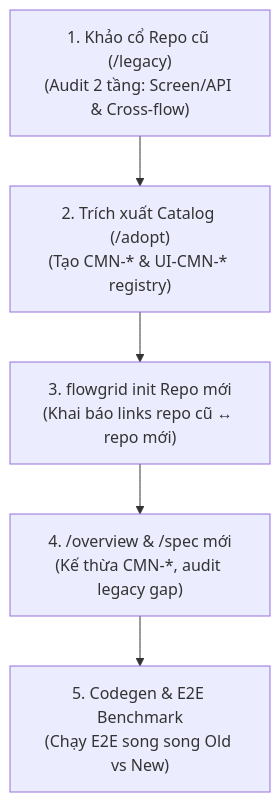
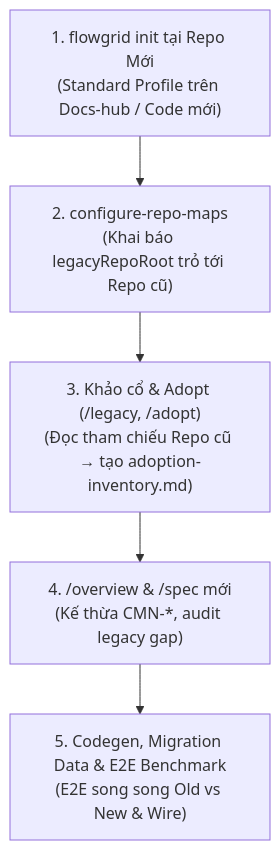
One commit to ShanYuCoder/flowgrid-docs changed the second of 3 diagrams in workflows/use-cases-guide.md. Above: the diagram before and after it, drawn with Mermaid. The commit also changed other lines of this file and 11 other files, not shown here.

````diff
--- a/workflows/use-cases-guide.md
+++ b/workflows/use-cases-guide.md
@@ -88,7 +90,7 @@
 ```mermaid
 flowchart TD
-  A["1. Khảo cổ Repo cũ (/legacy)<br/>(Audit 2 tầng: Screen/API & Cross-flow)"] --> B["2. Trích xuất Catalog (/adopt)<br/>(Tạo CMN-* & UI-CMN-* registry)"]
-  B --> C["3. flowgrid init Repo mới<br/>(Khai báo links repo cũ ↔ repo mới)"]
+  A["1. flowgrid init tại Repo Mới<br/>(Standard Profile trên Docs-hub / Code mới)"] --> B["2. configure-repo-maps<br/>(Khai báo legacyRepoRoot trỏ tới Repo cũ)"]
+  B --> C["3. Khảo cổ & Adopt (/legacy, /adopt)<br/>(Đọc tham chiếu Repo cũ → tạo adoption-inventory.md)"]
   C --> D["4. /overview & /spec mới<br/>(Kế thừa CMN-*, audit legacy gap)"]
-  D --> E["5. Codegen & E2E Benchmark<br/>(Chạy E2E song song Old vs New)"]
+  D --> E["5. Codegen, Migration Data & E2E Benchmark<br/>(E2E song song Old vs New & Wire)"]
 ```
````
